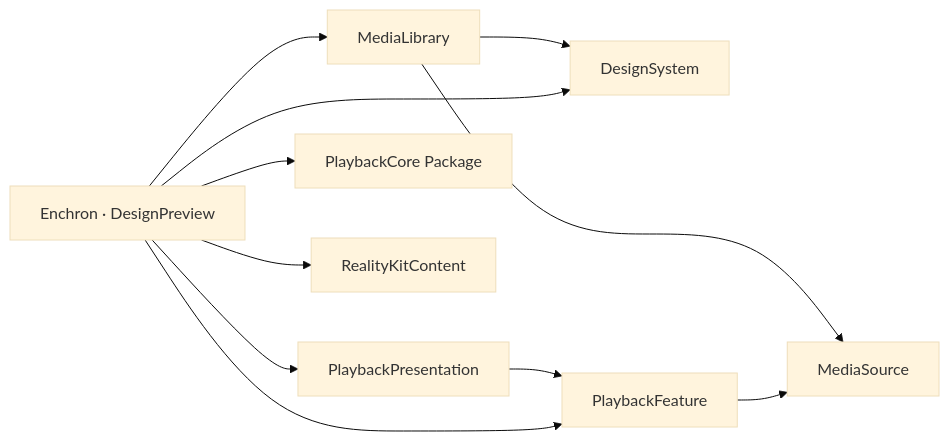
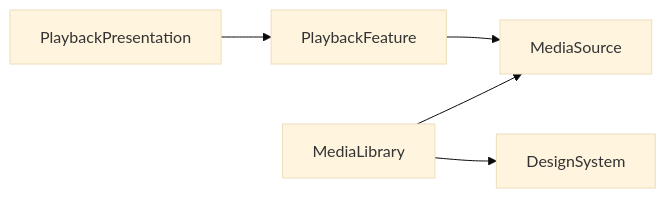
Before and after one commit to 1873663116/Enchron: the diagram in ARCHITECTURE.md, drawn with Mermaid (base theme). The commit also changed other lines of this file and 132 other files, not shown here.

Commit message:
Refactor project architecture and documentation

````diff
--- a/ARCHITECTURE.md
+++ b/ARCHITECTURE.md
@@ -27,22 +27,13 @@
 ```mermaid
 flowchart LR
-    Source["MediaSource"]
-    Design["DesignSystem"]
-    Library["MediaLibrary"]
-    Feature["PlaybackFeature"]
-    Presentation["PlaybackPresentation"]
-    Core["PlaybackCore Package"]
-    Scene["RealityKitContent"]
-    Apps["Enchron · DesignPreview"]
+    MediaSource["MediaSource"]
+    DesignSystem["DesignSystem"]
+    MediaLibrary["MediaLibrary"]
+    PlaybackFeature["PlaybackFeature"]
+    PlaybackPresentation["PlaybackPresentation"]
 
-    Library --> Source
-    Library --> Design
-    Feature --> Source
-    Presentation --> Feature
-    Apps --> Design
-    Apps --> Core
-    Apps --> Scene
-    Apps --> Library
-    Apps --> Feature
-    Apps --> Presentation
+    MediaLibrary --> MediaSource
+    MediaLibrary --> DesignSystem
+    PlaybackFeature --> MediaSource
+    PlaybackPresentation --> PlaybackFeature
 ```
````
